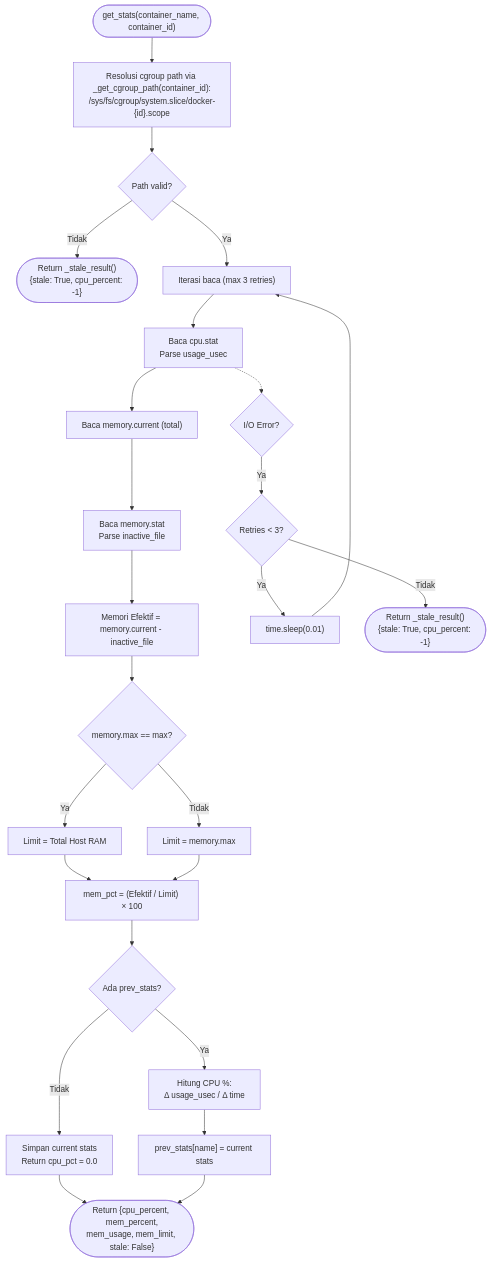
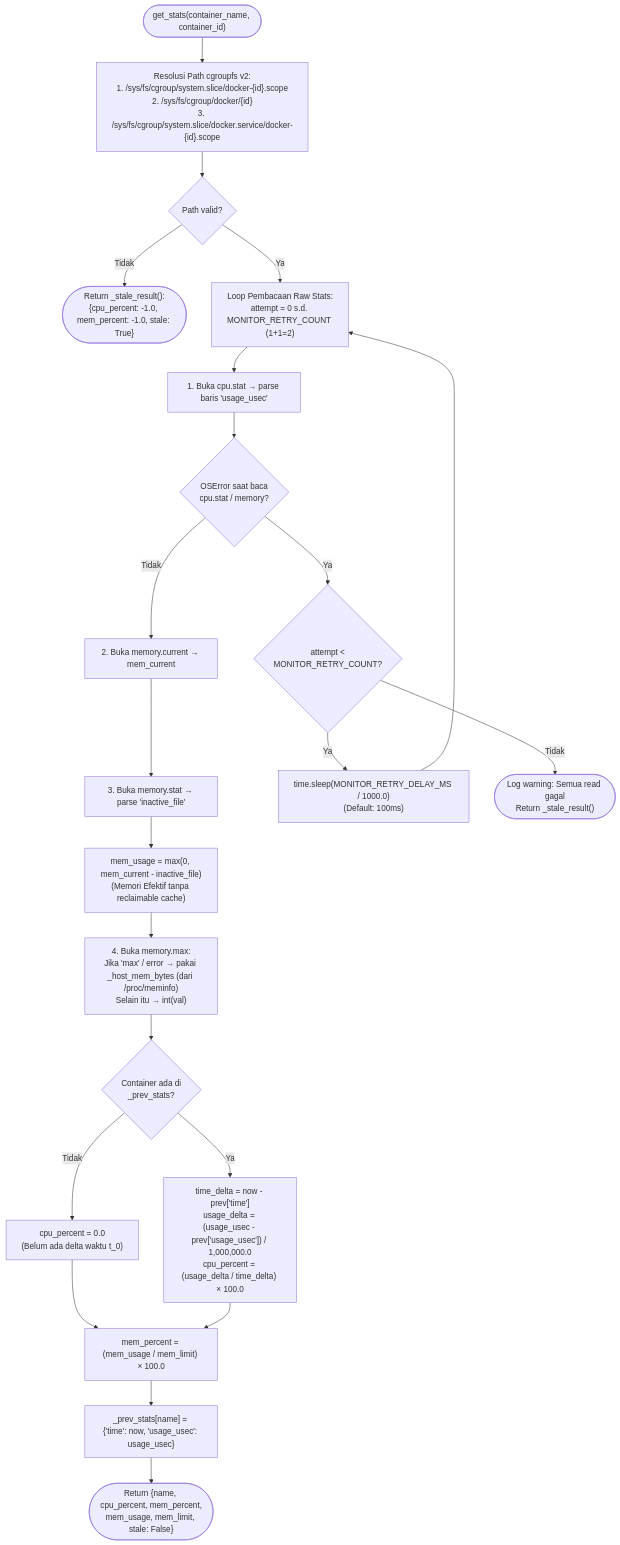
One commit to fauzanreza/green-container-framework changed the first of 3 diagrams in architecture-diagrams/layer-2-monitor/01_monitor_get_stats.md. Above: the diagram before and after it, drawn with Mermaid. The commit also changed other lines of this file and 18 other files, not shown here.

````diff
--- a/architecture-diagrams/layer-2-monitor/01_monitor_get_stats.md
+++ b/architecture-diagrams/layer-2-monitor/01_monitor_get_stats.md
@@ -9,65 +9,59 @@
 ```mermaid
 flowchart TD
     START(["get_stats(container_name, container_id)"])
 
-    RESOLVE_PATH["Resolusi cgroup path via _get_cgroup_path(container_id):<br/>/sys/fs/cgroup/system.slice/docker-{id}.scope"]
-    CGROUP_FOUND{"Path valid?"}
-    STALE_RET(["Return _stale_result()<br/>{stale: True, cpu_percent: -1}"])
+    RESOLVE["Resolusi Path cgroupfs v2:<br/>1. /sys/fs/cgroup/system.slice/docker-{id}.scope<br/>2. /sys/fs/cgroup/docker/{id}<br/>3. /sys/fs/cgroup/system.slice/docker.service/docker-{id}.scope"]
+    PATH_FOUND{"Path valid?"}
+    STALE_PATH(["Return _stale_result():<br/>{cpu_percent: -1.0, mem_percent: -1.0, stale: True}"])
 
-    RETRY_LOOP["Iterasi baca (max 3 retries)"]
+    RETRY_LOOP["Loop Pembacaan Raw Stats:<br/>attempt = 0 s.d. MONITOR_RETRY_COUNT (1+1=2)"]
 
-    READ_CPU["Baca cpu.stat<br/>Parse usage_usec"]
-    READ_MEM["Baca memory.current (total)"]
-    READ_INACT["Baca memory.stat<br/>Parse inactive_file"]
+    READ_CPU["1. Buka cpu.stat → parse baris 'usage_usec'"]
+    READ_MEM_CURR["2. Buka memory.current → mem_current"]
+    READ_MEM_STAT["3. Buka memory.stat → parse 'inactive_file'"]
+    CALC_MEM_ACTUAL["mem_usage = max(0, mem_current - inactive_file)<br/>(Memori Efektif tanpa reclaimable cache)"]
 
-    CALC_MEM["Memori Efektif = memory.current - inactive_file"]
+    READ_MEM_MAX["4. Buka memory.max:<br/>Jika 'max' / error → pakai _host_mem_bytes (dari /proc/meminfo)<br/>Selain itu → int(val)"]
 
-    MEM_MAX_CHECK{"memory.max == max?"}
-    USE_HOST_MEM["Limit = Total Host RAM"]
-    USE_LIMIT["Limit = memory.max"]
+    READ_ERR{"OSError saat baca<br/>cpu.stat / memory?"}
+    RETRY_CHECK{"attempt &lt;<br/>MONITOR_RETRY_COUNT?"}
+    SLEEP_RETRY["time.sleep(MONITOR_RETRY_DELAY_MS / 1000.0)<br/>(Default: 100ms)"]
+    STALE_FAIL(["Log warning: Semua read gagal<br/>Return _stale_result()"])
 
-    CALC_MEM_PCT["mem_pct = (Efektif / Limit) × 100"]
+    CHECK_PREV{"Container ada di<br/>_prev_stats?"}
+    FIRST_SAMPLE["cpu_percent = 0.0<br/>(Belum ada delta waktu t_0)"]
 
-    READ_FAIL{"I/O Error?"}
-    RETRY{"Retries < 3?"}
-    RETRY_WAIT["time.sleep(0.01)"]
-    ALL_FAIL(["Return _stale_result()<br/>{stale: True, cpu_percent: -1}"])
+    CALC_DELTAS["time_delta = now - prev['time']<br/>usage_delta = (usage_usec - prev['usage_usec']) / 1,000,000.0<br/>cpu_percent = (usage_delta / time_delta) × 100.0"]
 
-    HAS_PREV{"Ada prev_stats?"}
-    FIRST_SAMPLE["Simpan current stats<br/>Return cpu_pct = 0.0"]
+    CALC_MEM_PCT["mem_percent = (mem_usage / mem_limit) × 100.0"]
 
-    CALC_CPU["Hitung CPU %:<br/>Δ usage_usec / Δ time"]
+    SAVE_STATE["_prev_stats[name] = {'time': now, 'usage_usec': usage_usec}"]
 
-    SAVE_STATE["prev_stats[name] = current stats"]
+    RETURN(["Return {name, cpu_percent, mem_percent,<br/>mem_usage, mem_limit, stale: False}"])
 
-    RETURN(["Return {cpu_percent, mem_percent,<br/>mem_usage, mem_limit, stale: False}"])
-
-    START --> RESOLVE_PATH
-    RESOLVE_PATH --> CGROUP_FOUND
-    CGROUP_FOUND -->|Tidak| STALE_RET
-    CGROUP_FOUND -->|Ya| RETRY_LOOP
+    START --> RESOLVE
+    RESOLVE --> PATH_FOUND
+    PATH_FOUND -->|Tidak| STALE_PATH
+    PATH_FOUND -->|Ya| RETRY_LOOP
 
     RETRY_LOOP --> READ_CPU
-    READ_CPU --> READ_MEM
-    READ_MEM --> READ_INACT
-    READ_INACT --> CALC_MEM
-    CALC_MEM --> MEM_MAX_CHECK
-    MEM_MAX_CHECK -->|Ya| USE_HOST_MEM
-    MEM_MAX_CHECK -->|Tidak| USE_LIMIT
-    USE_HOST_MEM --> CALC_MEM_PCT
-    USE_LIMIT --> CALC_MEM_PCT
+    READ_CPU --> READ_ERR
+    READ_ERR -->|Ya| RETRY_CHECK
+    RETRY_CHECK -->|Ya| SLEEP_RETRY
+    SLEEP_RETRY --> RETRY_LOOP
+    RETRY_CHECK -->|Tidak| STALE_FAIL
 
-    READ_CPU -.-> READ_FAIL
-    READ_FAIL -->|Ya| RETRY
-    RETRY -->|Ya| RETRY_WAIT
-    RETRY_WAIT --> RETRY_LOOP
-    RETRY -->|Tidak| ALL_FAIL
+    READ_ERR -->|Tidak| READ_MEM_CURR
+    READ_MEM_CURR --> READ_MEM_STAT
+    READ_MEM_STAT --> CALC_MEM_ACTUAL
+    CALC_MEM_ACTUAL --> READ_MEM_MAX
+    READ_MEM_MAX --> CHECK_PREV
 
-    CALC_MEM_PCT --> HAS_PREV
-    HAS_PREV -->|Tidak| FIRST_SAMPLE
-    HAS_PREV -->|Ya| CALC_CPU
+    CHECK_PREV -->|Tidak| FIRST_SAMPLE
+    CHECK_PREV -->|Ya| CALC_DELTAS
 
-    CALC_CPU --> SAVE_STATE
-    FIRST_SAMPLE --> RETURN
+    FIRST_SAMPLE --> CALC_MEM_PCT
+    CALC_DELTAS --> CALC_MEM_PCT
+    CALC_MEM_PCT --> SAVE_STATE
     SAVE_STATE --> RETURN
 ```
````
